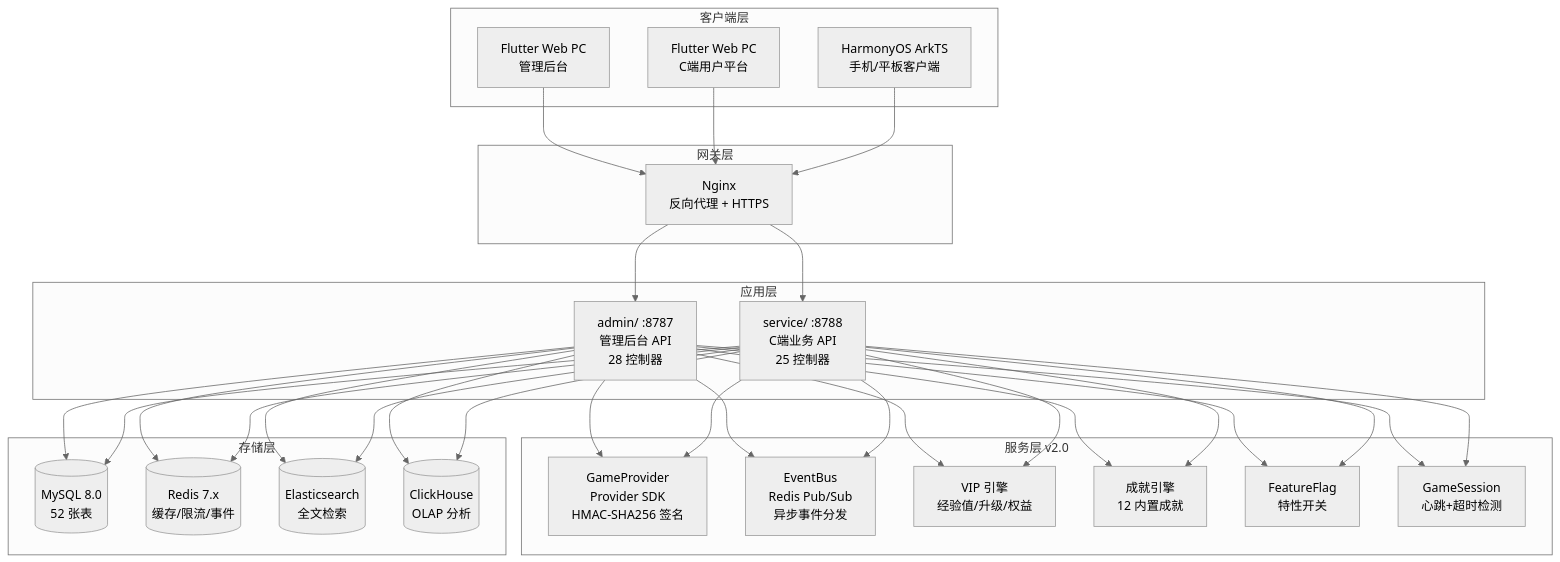
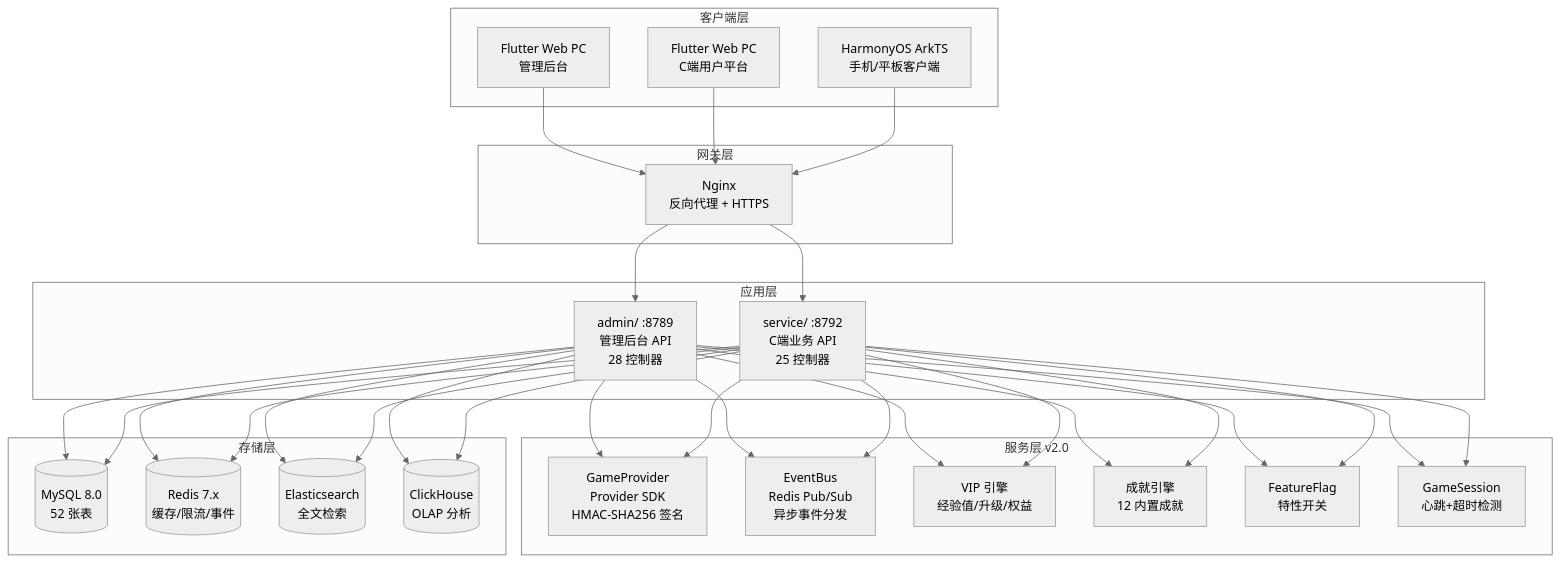
The diagram in admin/docs/diagrams/01-system-architecture.bn.md (erikwang2013/game-platform-php), drawn with Mermaid (neutral theme) before and after one commit. The commit also changed 265 other files, not shown here.

````diff
--- a/admin/docs/diagrams/01-system-architecture.bn.md
+++ b/admin/docs/diagrams/01-system-architecture.bn.md
@@ -7,38 +7,38 @@
 ```mermaid
 flowchart TB
     subgraph "客户端层"
         A1["Flutter Web PC<br/>管理后台"]
         A2["Flutter Web PC<br/>C端用户平台"]
         A3["HarmonyOS ArkTS<br/>手机/平板客户端"]
     end
 
     subgraph "网关层"
         B1["Nginx<br/>反向代理 + HTTPS"]
     end
 
     subgraph "应用层"
-        C1["admin/ :8787<br/>管理后台 API<br/>28 控制器"]
-        C2["service/ :8788<br/>C端业务 API<br/>25 控制器"]
+        C1["admin/ :8789<br/>管理后台 API<br/>28 控制器"]
+        C2["service/ :8792<br/>C端业务 API<br/>25 控制器"]
     end
 
     subgraph "服务层 v2.0"
         D1["GameProvider<br/>Provider SDK<br/>HMAC-SHA256 签名"]
         D2["EventBus<br/>Redis Pub/Sub<br/>异步事件分发"]
         D3["VIP 引擎<br/>经验值/升级/权益"]
         D4["成就引擎<br/>12 内置成就"]
         D5["FeatureFlag<br/>特性开关"]
         D6["GameSession<br/>心跳+超时检测"]
     end
 
     subgraph "存储层"
         E1[("MySQL 8.0<br/>52 张表")]
         E2[("Redis 7.x<br/>缓存/限流/事件")]
         E3[("Elasticsearch<br/>全文检索")]
         E4[("ClickHouse<br/>OLAP 分析")]
     end
 
     A1 & A2 & A3 --> B1
     B1 --> C1 & C2
     C1 & C2 --> D1 & D2 & D3 & D4 & D5 & D6
     C1 & C2 --> E1 & E2 & E3 & E4
 ```
````
